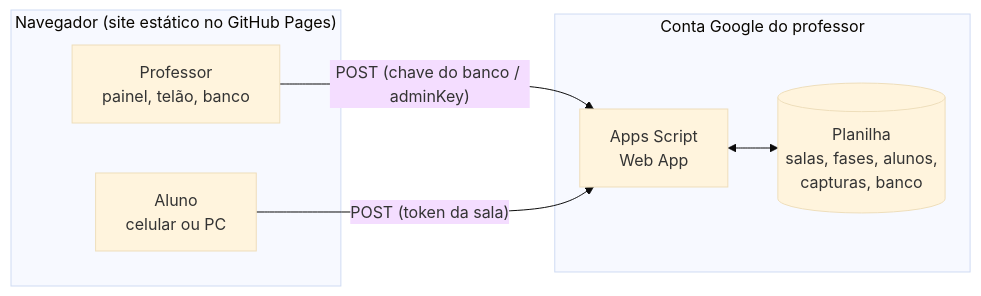
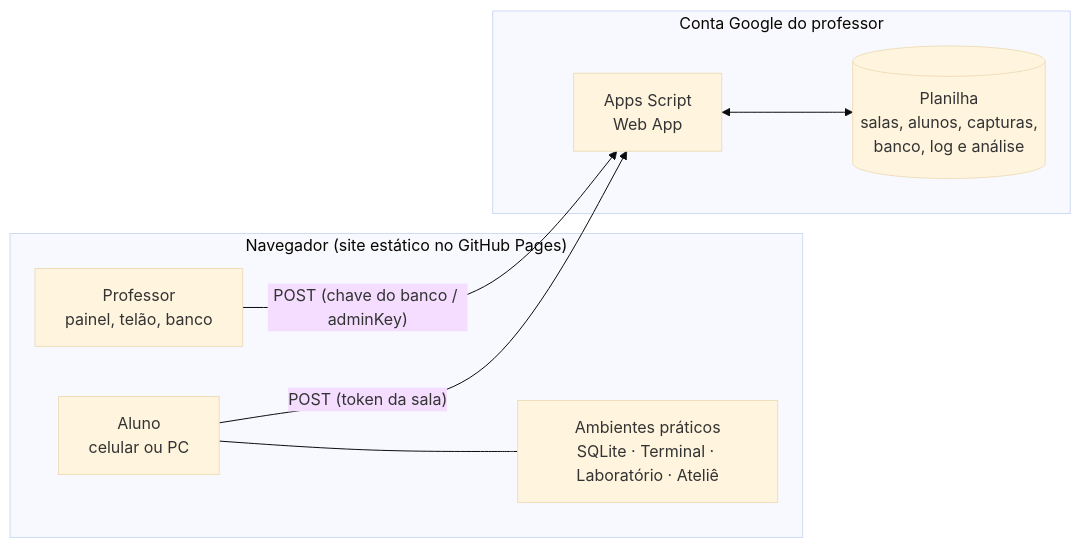
The diagram in README.md (EberSantana/TrilhaRali), drawn with Mermaid (base theme) before and after one commit. The commit also changed other lines of this file, not shown here.

First line of the commit message:
docs: README reescrito com ambientes práticos, catálogo de missões e backend v11 (#57)

````diff
--- a/README.md
+++ b/README.md
@@ -204,14 +235,16 @@
 ```mermaid
 flowchart LR
     subgraph Navegador["Navegador (site estático no GitHub Pages)"]
         P[Professor<br/>painel, telão, banco]
         A[Aluno<br/>celular ou PC]
+        L[Ambientes práticos<br/>SQLite · Terminal · Laboratório · Ateliê]
     end
     subgraph Google["Conta Google do professor"]
         S[Apps Script<br/>Web App]
-        SH[(Planilha<br/>salas, fases, alunos,<br/>capturas, banco)]
+        SH[(Planilha<br/>salas, alunos, capturas,<br/>banco, log e análise)]
     end
+    A --- L
     P -- "POST (chave do banco / adminKey)" --> S
     A -- "POST (token da sala)" --> S
     S <--> SH
 ```
````
